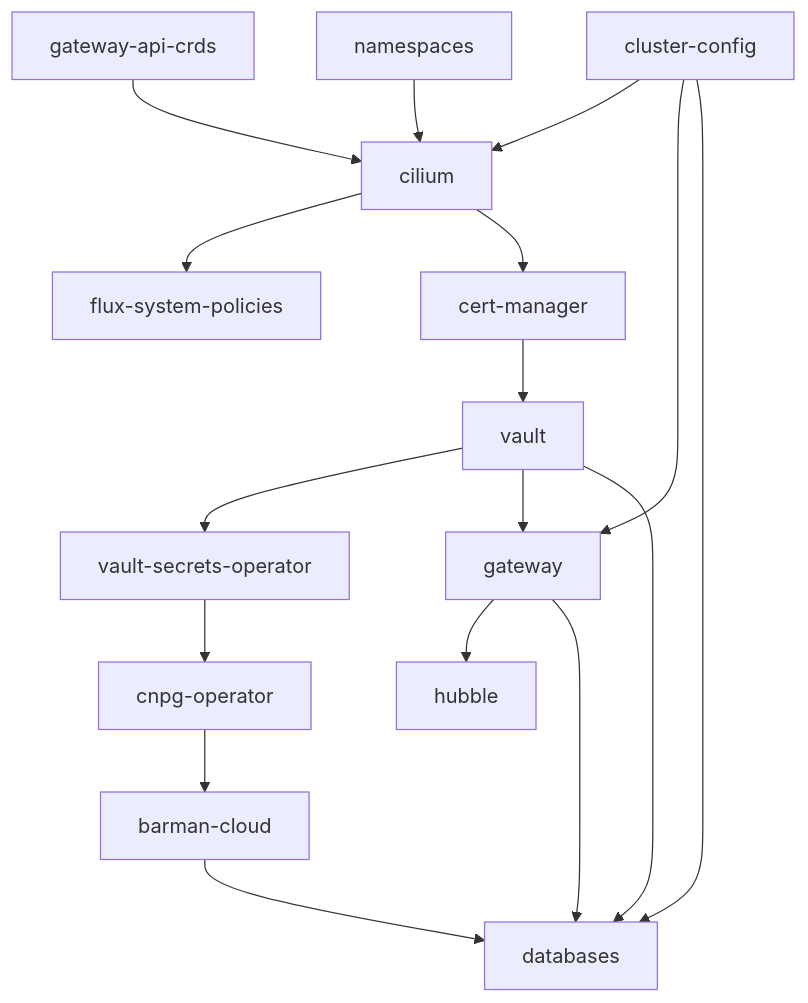
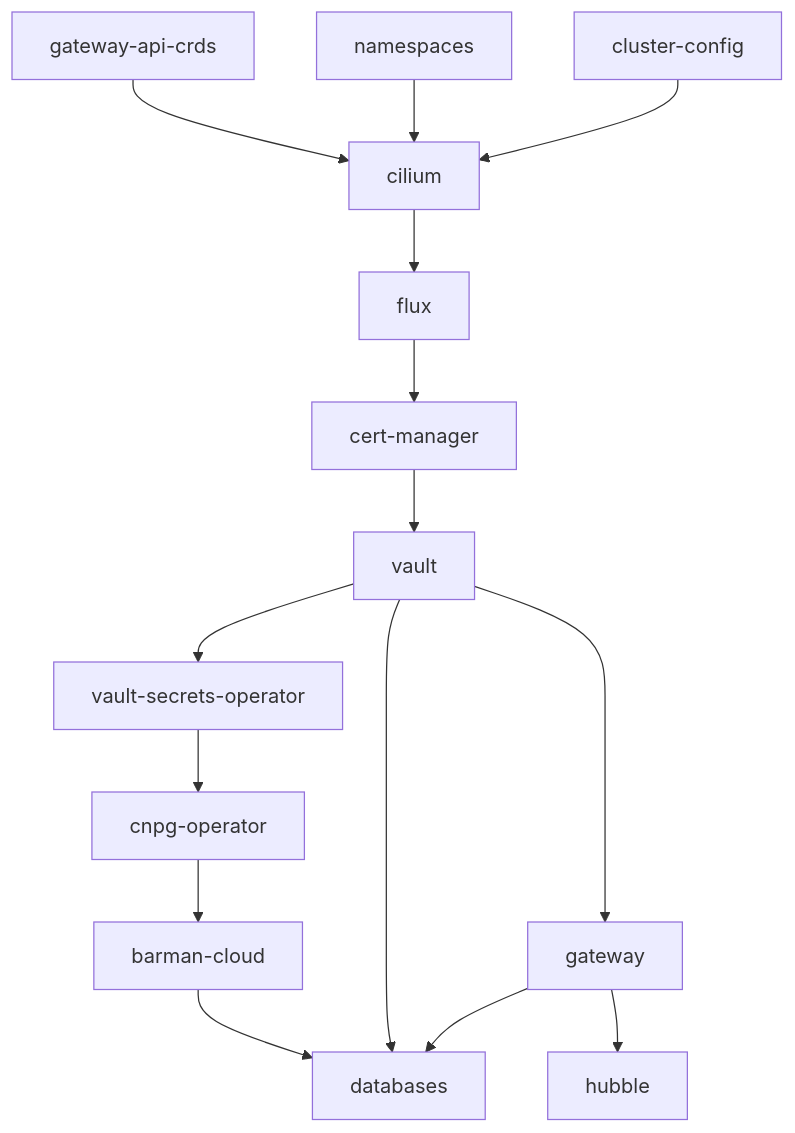
The diagram in INSTALLATION.md (DragonBishop/data_science_cluster), drawn with Mermaid before and after one commit. The commit also changed other lines of this file and 6 other files, not shown here.

````diff
--- a/INSTALLATION.md
+++ b/INSTALLATION.md
@@ -130,27 +136,25 @@
 ```mermaid
 flowchart TD
     %% Base Foundations
     crds["gateway-api-crds"] --> cilium["cilium"]
     ns["namespaces"] --> cilium
     cc["cluster-config"] --> cilium
 
     %% Core Services & PKI
-    cilium --> fluxpolicies["flux-system-policies"]
-    cilium --> certmgr["cert-manager"]
+    cilium --> flux
+    flux --> certmgr["cert-manager"]
     certmgr --> vault["vault"]
 
     %% Platform Services
     vault --> vso["vault-secrets-operator"]
     vso --> cnpg["cnpg-operator"]
     cnpg --> barman["barman-cloud"]
 
     vault --> gw["gateway"]
-    cc --> gw
     gw --> hubble["hubble"]
 
     %% Applications
     barman --> db["databases"]
     vault --> db
     gw --> db
-    cc --> db
 ```
````
